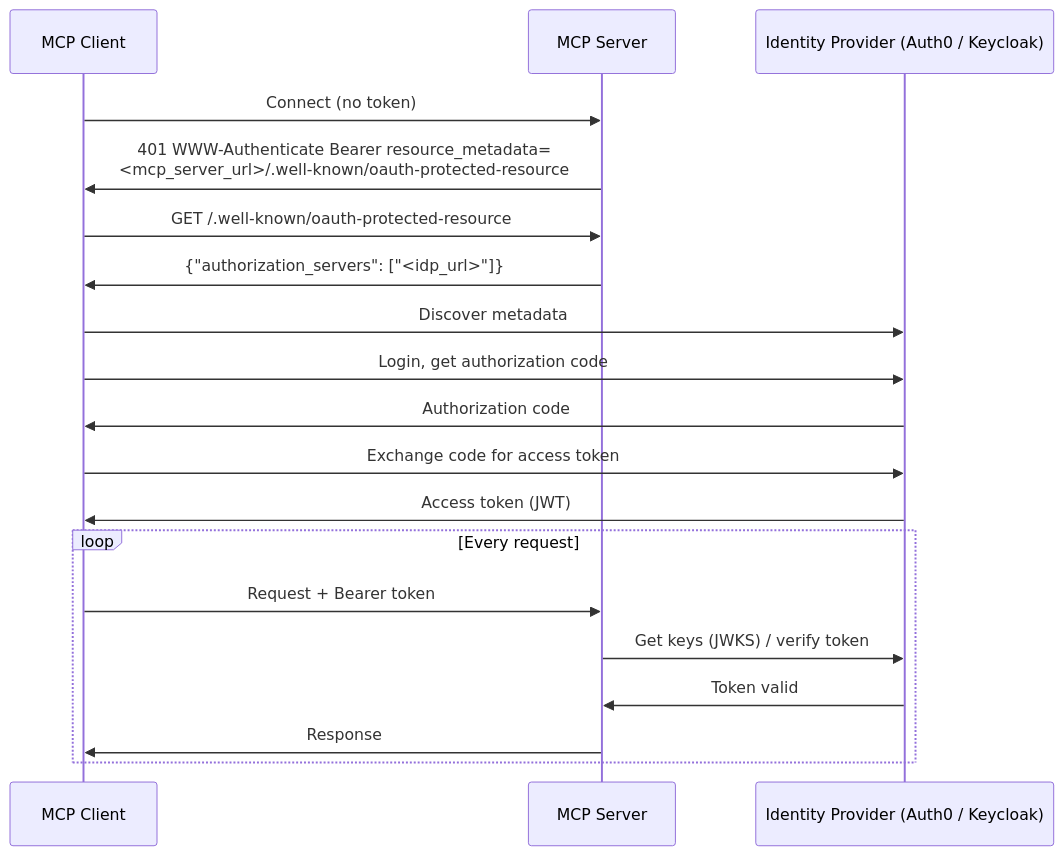
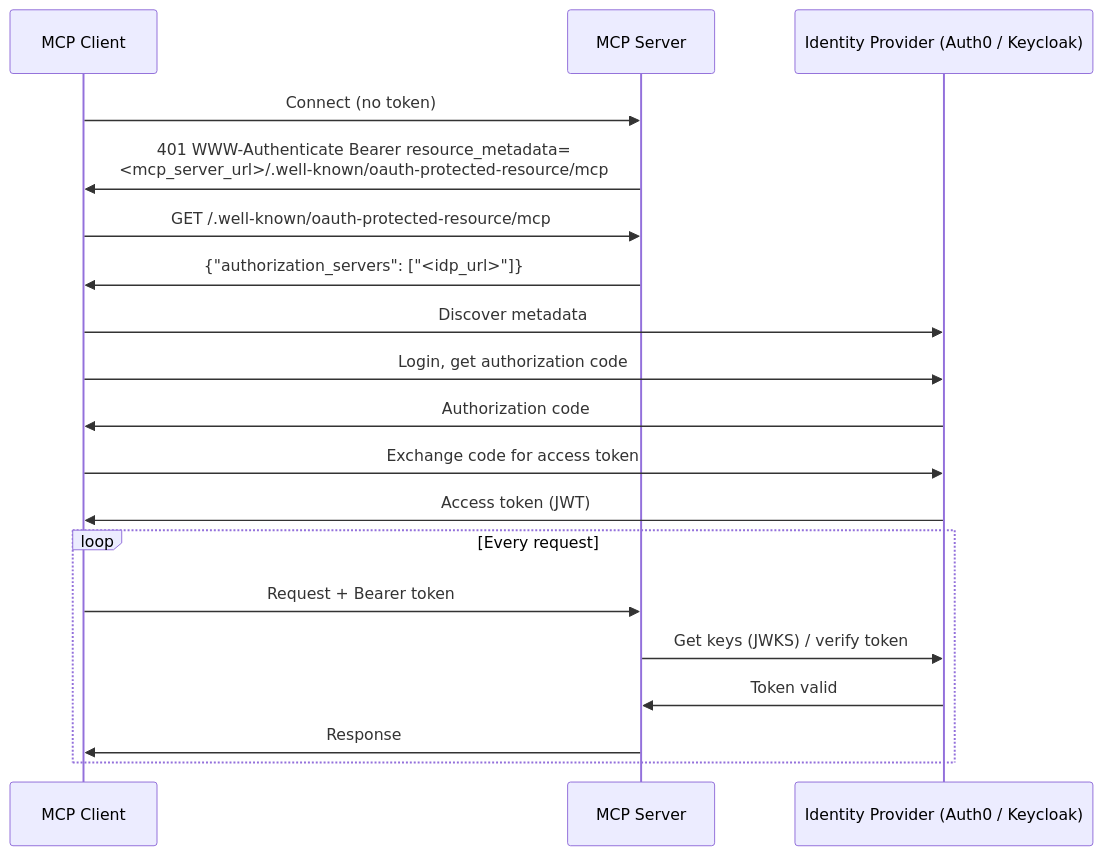
One commit to ActianCorp/mcp-server-docs changed the diagram in docs/nosql/authentication/index.md. Above: the diagram before and after it, drawn with Mermaid. The commit also changed other lines of this file and 20 other files, not shown here.

````diff
--- a/docs/nosql/authentication/index.md
+++ b/docs/nosql/authentication/index.md
@@ -27,26 +27,26 @@
 ```mermaid
 %%{init: {'theme': 'default', 'themeVariables': {'fontSize': '18px', 'fontFamily': 'arial'}}}%%
 sequenceDiagram
     participant Client as MCP Client
     participant Server as MCP Server
     participant IdP as Identity Provider (Auth0 / Keycloak)
 
     Client->>Server: Connect (no token)
-    Server->>Client: 401 WWW-Authenticate Bearer resource_metadata=<br/><mcp_server_url>/.well-known/oauth-protected-resource
+    Server->>Client: 401 WWW-Authenticate Bearer resource_metadata=<br/><mcp_server_url>/.well-known/oauth-protected-resource/mcp
 
-    Client->>Server: GET /.well-known/oauth-protected-resource
+    Client->>Server: GET /.well-known/oauth-protected-resource/mcp
     Server->>Client: {"authorization_servers": ["<idp_url>"]}
 
     Client->>IdP: Discover metadata
     Client->>IdP: Login, get authorization code
     IdP->>Client: Authorization code
     Client->>IdP: Exchange code for access token
     IdP->>Client: Access token (JWT)
 
     loop Every request
         Client->>Server: Request + Bearer token
         Server->>IdP: Get keys (JWKS) / verify token
         IdP->>Server: Token valid
         Server->>Client: Response
     end
 ```
````
